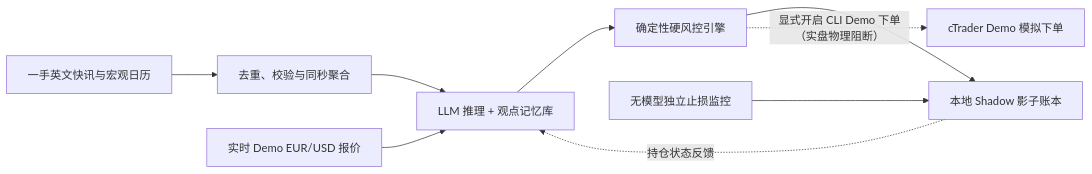
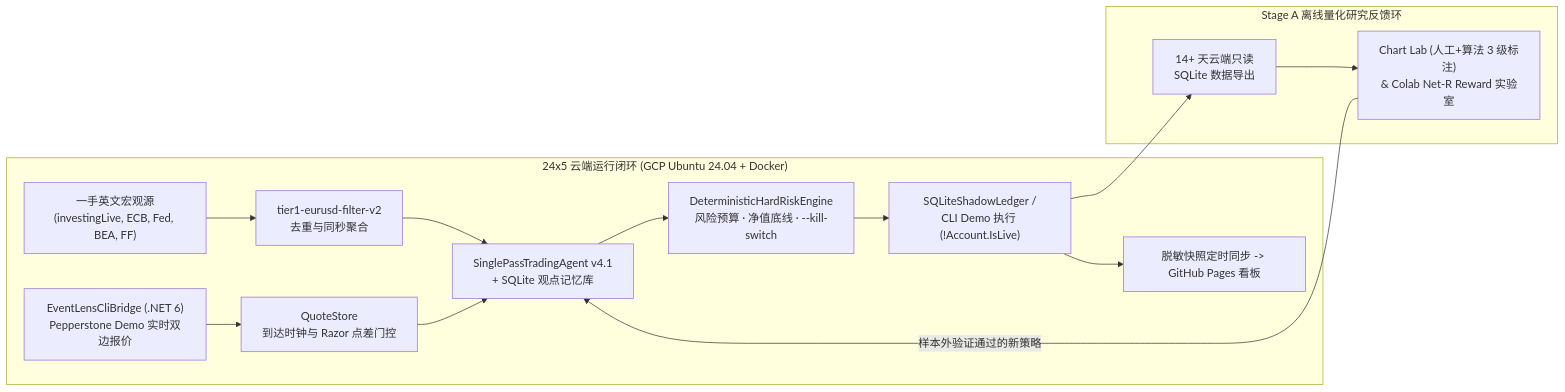
The diagram in README_CN.md (lohis-aimbot/eventlens), drawn with Mermaid before and after one commit. The commit also changed other lines of this file and 4 other files, not shown here.

````diff
--- a/README_CN.md
+++ b/README_CN.md
@@ -77,11 +59,18 @@
 ```mermaid
 flowchart LR
-    Feed["一手英文快讯与宏观日历"] --> Bundle["去重、校验与同秒聚合"]
-    Quotes["实时 Demo EUR/USD 报价"] --> Agent["LLM 推理 + 观点记忆库"]
-    Bundle --> Agent
-    Agent --> Risk["确定性硬风控引擎"]
-    Risk --> Ledger["本地 Shadow 影子账本"]
-    Monitor["无模型独立止损监控"] --> Ledger
-    Ledger -. "持仓状态反馈" .-> Agent
-    Risk -. "显式开启 CLI Demo 下单（实盘物理阻断）" .-> Broker["cTrader Demo 模拟下单"]
+    subgraph LiveRuntime["24x5 云端运行闭环 (GCP Ubuntu 24.04 + Docker)"]
+        News["一手英文宏观源<br/>(investingLive, ECB, Fed, BEA, FF)"] --> Filter["tier1-eurusd-filter-v2<br/>去重与同秒聚合"]
+        Bridge["EventLensCliBridge (.NET 6)<br/>Pepperstone Demo 实时双边报价"] --> Quotes["QuoteStore<br/>到达时钟与 Razor 点差门控"]
+        Filter --> Agent["SinglePassTradingAgent v4.1<br/>+ SQLite 观点记忆库"]
+        Quotes --> Agent
+        Agent --> Risk["DeterministicHardRiskEngine<br/>风险预算 · 净值底线 · --kill-switch"]
+        Risk --> Ledger["SQLiteShadowLedger /<br/>CLI Demo 执行 (!Account.IsLive)"]
+        Ledger --> Dash["脱敏快照定时同步 -> GitHub Pages 看板"]
+    end
+
+    subgraph StageALab["Stage A 离线量化研究反馈环"]
+        Ledger --> Export["14+ 天云端只读<br/>SQLite 数据导出"]
+        Export --> Lab["Chart Lab (人工+算法 3 级标注)<br/>& Colab Net-R Reward 实验室"]
+        Lab -->|"样本外验证通过的新策略"| Agent
+    end
 ```
````
